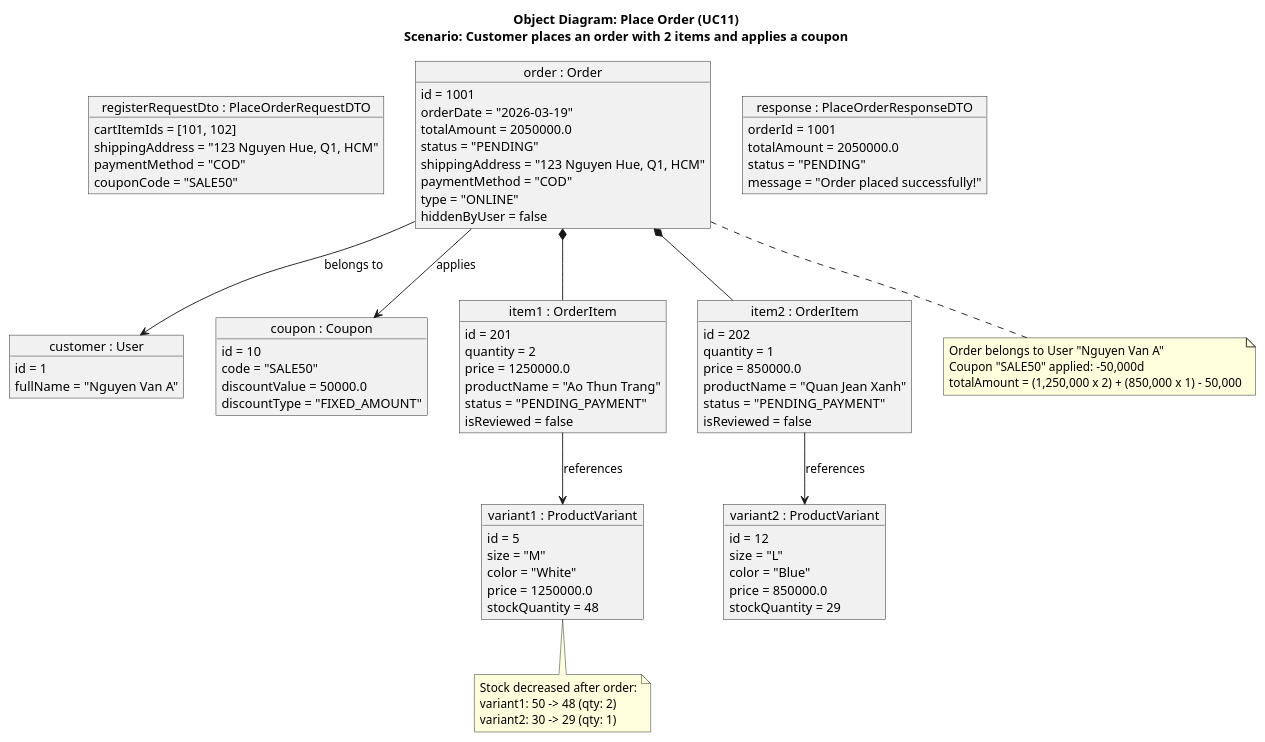
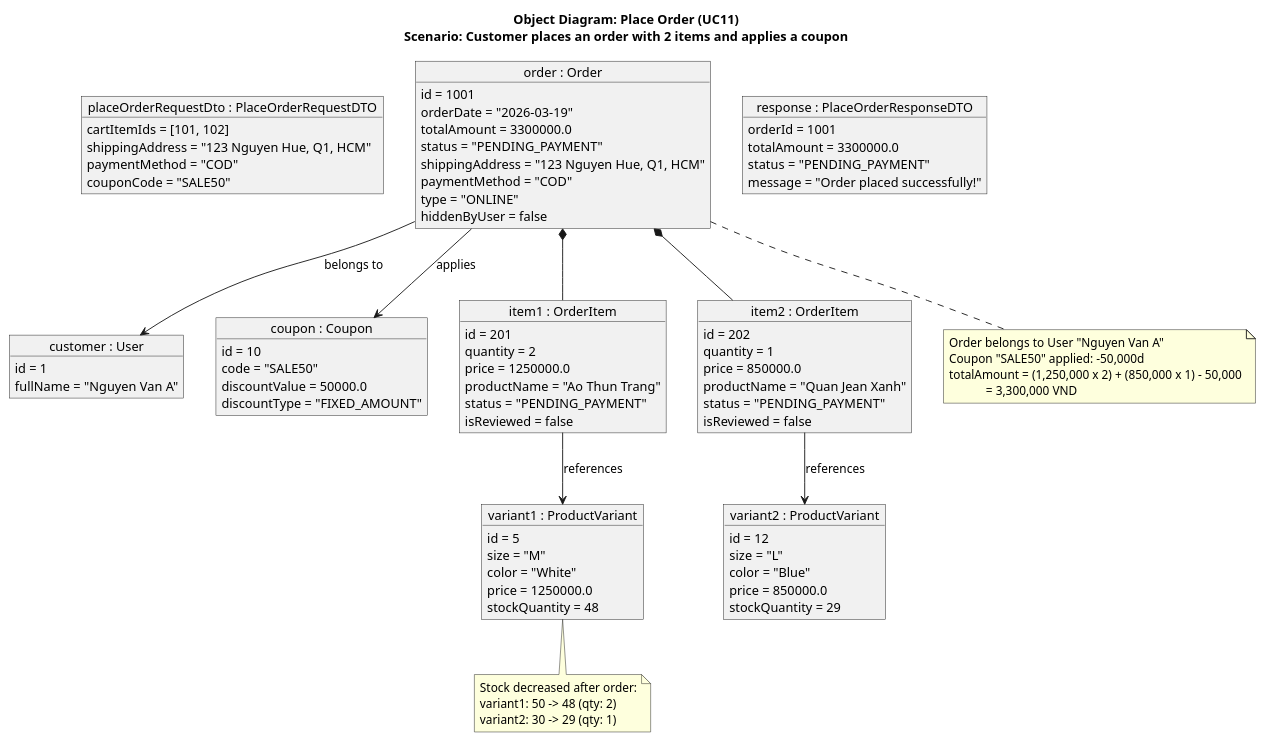
One commit to Peterdir/fashion-store-system changed the diagram in src/main/java/org/example/fashionstoresystem/uml/Object/OD11_PlaceOrder.puml. Above: the diagram before and after it, drawn with PlantUML. The commit also changed 13 other files, not shown here.

Commit message:
Update uml

```diff
--- a/src/main/java/org/example/fashionstoresystem/uml/Object/OD11_PlaceOrder.puml
+++ b/src/main/java/org/example/fashionstoresystem/uml/Object/OD11_PlaceOrder.puml
@@ -1,102 +1,103 @@
 @startuml
 title Object Diagram: Place Order (UC11)\nScenario: Customer places an order with 2 items and applies a coupon
 
 ' DTO - Data sent from checkout form
-object "registerRequestDto : PlaceOrderRequestDTO" as dto {
+object "placeOrderRequestDto : PlaceOrderRequestDTO" as dto {
     cartItemIds = [101, 102]
     shippingAddress = "123 Nguyen Hue, Q1, HCM"
     paymentMethod = "COD"
     couponCode = "SALE50"
 }
 
 ' Entity - User
 object "customer : User" as user {
     id = 1
     fullName = "Nguyen Van A"
 }
 
 ' Entity - Coupon applied
 object "coupon : Coupon" as coupon {
     id = 10
     code = "SALE50"
     discountValue = 50000.0
     discountType = "FIXED_AMOUNT"
 }
 
 ' Entity - Order created
 object "order : Order" as order {
     id = 1001
     orderDate = "2026-03-19"
-    totalAmount = 2050000.0
-    status = "PENDING"
+    totalAmount = 3300000.0
+    status = "PENDING_PAYMENT"
     shippingAddress = "123 Nguyen Hue, Q1, HCM"
     paymentMethod = "COD"
     type = "ONLINE"
     hiddenByUser = false
 }
 
 ' Entity - Order Items
 object "item1 : OrderItem" as item1 {
     id = 201
     quantity = 2
     price = 1250000.0
     productName = "Ao Thun Trang"
     status = "PENDING_PAYMENT"
     isReviewed = false
 }
 
 object "item2 : OrderItem" as item2 {
     id = 202
     quantity = 1
     price = 850000.0
     productName = "Quan Jean Xanh"
     status = "PENDING_PAYMENT"
     isReviewed = false
 }
 
 ' Entity - ProductVariants (stock updated)
 object "variant1 : ProductVariant" as v1 {
     id = 5
     size = "M"
     color = "White"
     price = 1250000.0
     stockQuantity = 48
 }
 
 object "variant2 : ProductVariant" as v2 {
     id = 12
     size = "L"
     color = "Blue"
     price = 850000.0
     stockQuantity = 29
 }
 
 ' Response DTO
 object "response : PlaceOrderResponseDTO" as res {
     orderId = 1001
-    totalAmount = 2050000.0
-    status = "PENDING"
+    totalAmount = 3300000.0
+    status = "PENDING_PAYMENT"
     message = "Order placed successfully!"
 }
 
 ' Structural relationships
 order *-- item1
 order *-- item2
 order --> user : belongs to
 order --> coupon : applies
 item1 --> v1 : references
 item2 --> v2 : references
 
 note bottom of order
     Order belongs to User "Nguyen Van A"
     Coupon "SALE50" applied: -50,000d
     totalAmount = (1,250,000 x 2) + (850,000 x 1) - 50,000
+                = 3,300,000 VND
 end note
 
 note bottom of v1
     Stock decreased after order:
     variant1: 50 -> 48 (qty: 2)
     variant2: 30 -> 29 (qty: 1)
 end note
 
 @enduml
```
